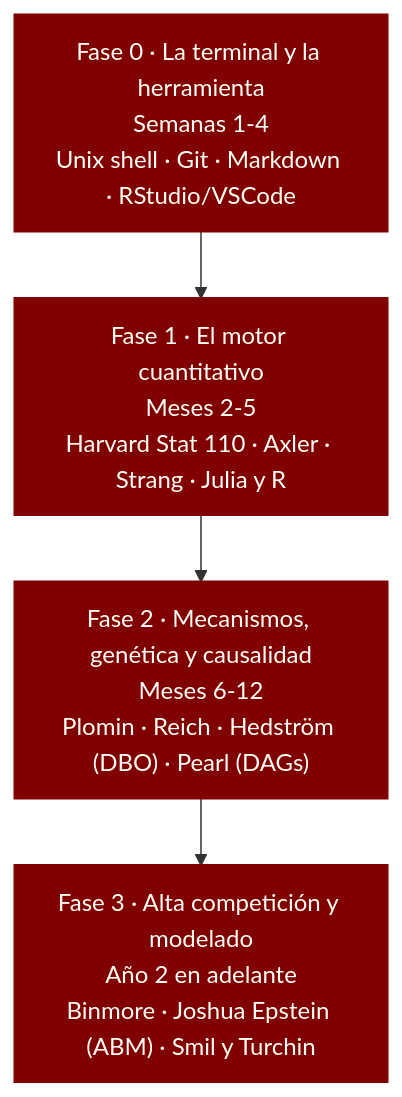
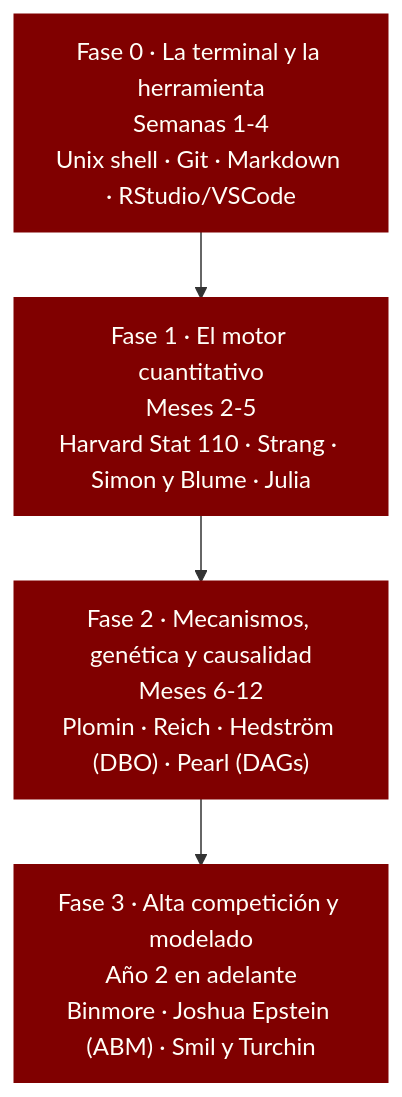
One commit to danielgccr/nuevasomosaguas changed the diagram in guia_autodidacta.qmd. Above: the diagram before and after it, drawn with Mermaid. The commit also changed other lines of this file and 9 other files, not shown here.

````diff
--- a/guia_autodidacta.qmd
+++ b/guia_autodidacta.qmd
@@ -31,16 +31,16 @@
 ```{mermaid}
 %%| label: fig-fases
 %%| fig-cap: "Las cuatro fases de la ruta autodidacta."
 
 %%{init: {"flowchart": {"htmlLabels": false, "nodeSpacing": 30, "rankSpacing": 45, "padding": 12, "useMaxWidth": true}}}%%
 flowchart TD
     F0["Fase 0 · La terminal y la herramienta<br/>Semanas 1-4<br/>Unix shell · Git · Markdown · RStudio/VSCode"]
-    F1["Fase 1 · El motor cuantitativo<br/>Meses 2-5<br/>Harvard Stat 110 · Axler · Strang · Julia y R"]
+    F1["Fase 1 · El motor cuantitativo<br/>Meses 2-5<br/>Harvard Stat 110 · Strang · Simon y Blume · Julia"]
     F2["Fase 2 · Mecanismos, genética y causalidad<br/>Meses 6-12<br/>Plomin · Reich · Hedström (DBO) · Pearl (DAGs)"]
     F3["Fase 3 · Alta competición y modelado<br/>Año 2 en adelante<br/>Binmore · Joshua Epstein (ABM) · Smil y Turchin"]
 
     F0 --> F1 --> F2 --> F3
 
     classDef fase fill:#800000,stroke:#800000,stroke-width:2px,color:#fffff8
     class F0,F1,F2,F3 fase
 ```
````
